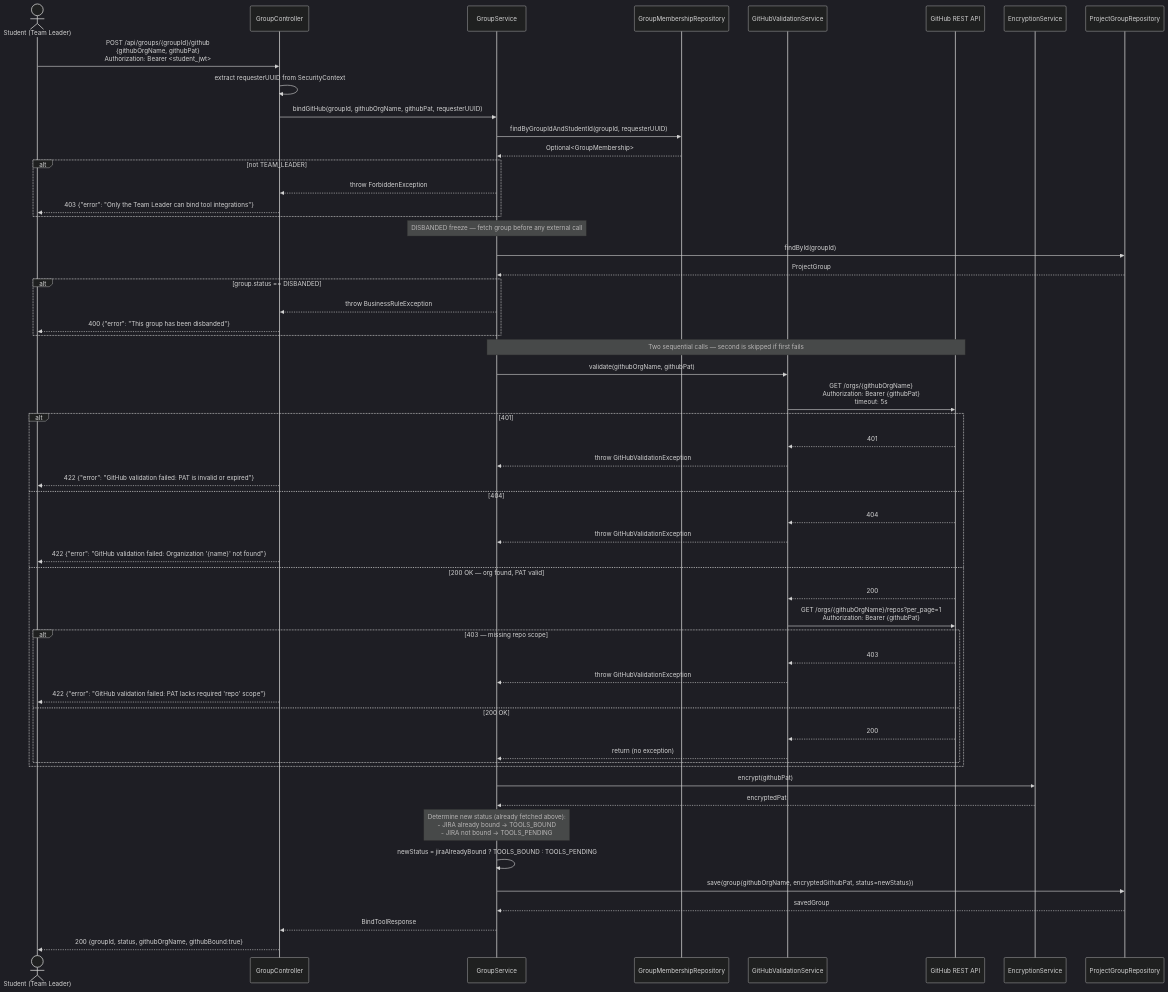
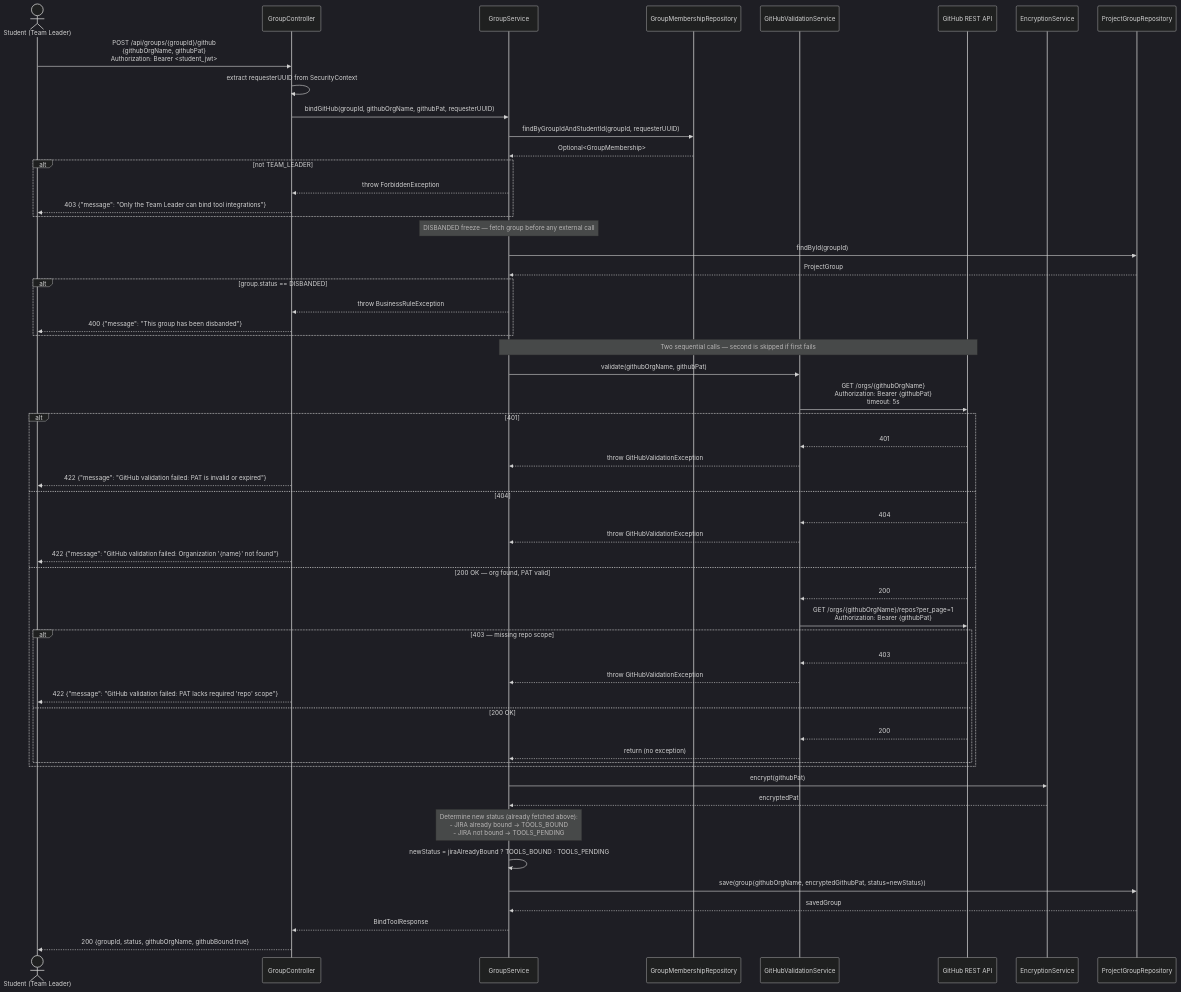
One commit to SE3318-Spring-2025-2026/senior-app-6 changed the second of 2 diagrams in docs/process2/sequences/2.4_2.5_bind_tools_p2.md. Above: the diagram before and after it, drawn with Mermaid (dark theme). The commit also changed other lines of this file and 27 other files, not shown here.

````diff
--- a/docs/process2/sequences/2.4_2.5_bind_tools_p2.md
+++ b/docs/process2/sequences/2.4_2.5_bind_tools_p2.md
@@ -85,73 +85,73 @@
 ```mermaid
 sequenceDiagram
     actor Student as Student (Team Leader)
     participant GroupController
     participant GroupService
     participant GroupMembershipRepository
     participant GitHubValidationService
     participant GitHubAPI as GitHub REST API
     participant EncryptionService
     participant ProjectGroupRepository
 
     Student->>GroupController: POST /api/groups/{groupId}/github<br/>{githubOrgName, githubPat}<br/>Authorization: Bearer <student_jwt>
 
     GroupController->>GroupController: extract requesterUUID from SecurityContext
     GroupController->>GroupService: bindGitHub(groupId, githubOrgName, githubPat, requesterUUID)
 
     GroupService->>GroupMembershipRepository: findByGroupIdAndStudentId(groupId, requesterUUID)
     GroupMembershipRepository-->>GroupService: Optional<GroupMembership>
 
     alt not TEAM_LEADER
         GroupService-->>GroupController: throw ForbiddenException
-        GroupController-->>Student: 403 {"error": "Only the Team Leader can bind tool integrations"}
+        GroupController-->>Student: 403 {"message": "Only the Team Leader can bind tool integrations"}
     end
 
     Note over GroupService: DISBANDED freeze — fetch group before any external call
     GroupService->>ProjectGroupRepository: findById(groupId)
     ProjectGroupRepository-->>GroupService: ProjectGroup
 
     alt group.status == DISBANDED
         GroupService-->>GroupController: throw BusinessRuleException
-        GroupController-->>Student: 400 {"error": "This group has been disbanded"}
+        GroupController-->>Student: 400 {"message": "This group has been disbanded"}
     end
 
     Note over GroupService,GitHubAPI: Two sequential calls — second is skipped if first fails
     GroupService->>GitHubValidationService: validate(githubOrgName, githubPat)
 
     GitHubValidationService->>GitHubAPI: GET /orgs/{githubOrgName}<br/>Authorization: Bearer {githubPat}<br/>timeout: 5s
 
     alt 401
         GitHubAPI-->>GitHubValidationService: 401
         GitHubValidationService-->>GroupService: throw GitHubValidationException
-        GroupController-->>Student: 422 {"error": "GitHub validation failed: PAT is invalid or expired"}
+        GroupController-->>Student: 422 {"message": "GitHub validation failed: PAT is invalid or expired"}
     else 404
         GitHubAPI-->>GitHubValidationService: 404
         GitHubValidationService-->>GroupService: throw GitHubValidationException
-        GroupController-->>Student: 422 {"error": "GitHub validation failed: Organization '{name}' not found"}
+        GroupController-->>Student: 422 {"message": "GitHub validation failed: Organization '{name}' not found"}
     else 200 OK — org found, PAT valid
         GitHubAPI-->>GitHubValidationService: 200
 
         GitHubValidationService->>GitHubAPI: GET /orgs/{githubOrgName}/repos?per_page=1<br/>Authorization: Bearer {githubPat}
 
         alt 403 — missing repo scope
             GitHubAPI-->>GitHubValidationService: 403
             GitHubValidationService-->>GroupService: throw GitHubValidationException
-            GroupController-->>Student: 422 {"error": "GitHub validation failed: PAT lacks required 'repo' scope"}
+            GroupController-->>Student: 422 {"message": "GitHub validation failed: PAT lacks required 'repo' scope"}
         else 200 OK
             GitHubAPI-->>GitHubValidationService: 200
             GitHubValidationService-->>GroupService: return (no exception)
         end
     end
 
     GroupService->>EncryptionService: encrypt(githubPat)
     EncryptionService-->>GroupService: encryptedPat
 
     Note over GroupService: Determine new status (already fetched above):<br/>- JIRA already bound → TOOLS_BOUND<br/>- JIRA not bound → TOOLS_PENDING
     GroupService->>GroupService: newStatus = jiraAlreadyBound ? TOOLS_BOUND : TOOLS_PENDING
 
     GroupService->>ProjectGroupRepository: save(group{githubOrgName, encryptedGithubPat, status=newStatus})
     ProjectGroupRepository-->>GroupService: savedGroup
 
     GroupService-->>GroupController: BindToolResponse
     GroupController-->>Student: 200 {groupId, status, githubOrgName, githubBound:true}
 ```
````
